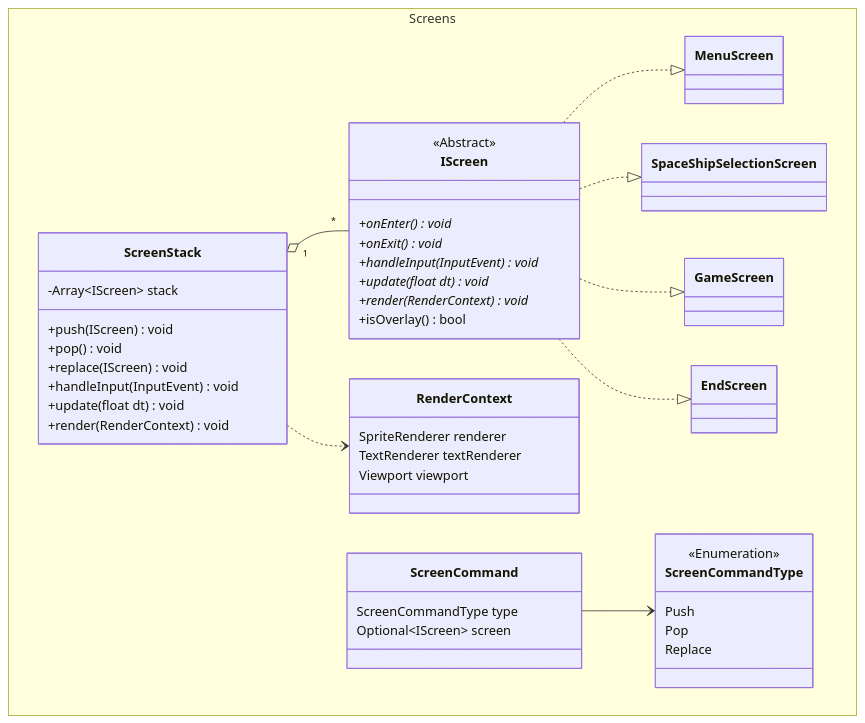
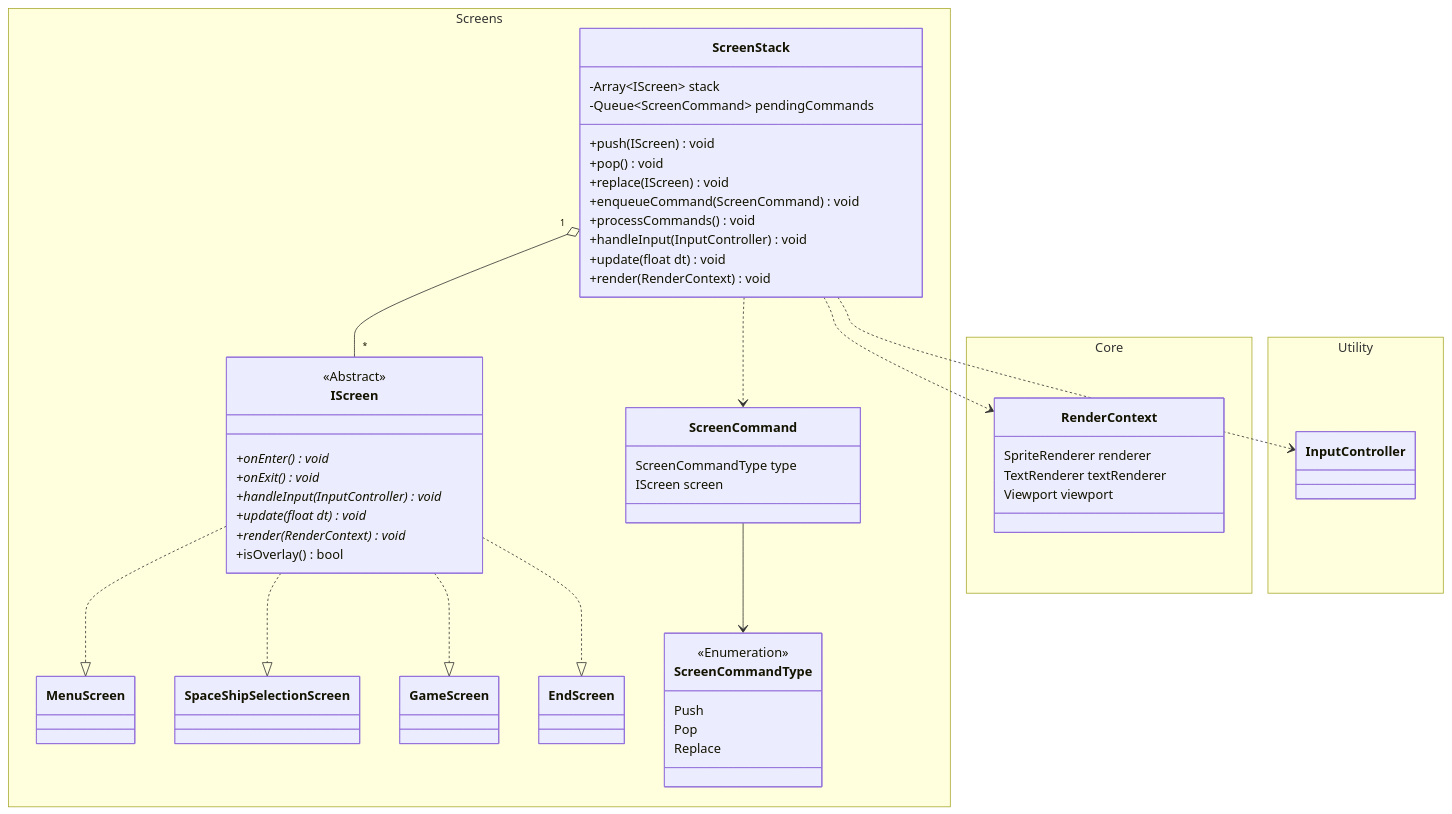
Before and after one commit to FelixHommel/StarfighterAlliance: the diagram in docs/architecture/ScreenSystem.md, drawn with Mermaid.

Commit message:
refactor: update design

````diff
--- a/docs/architecture/ScreenSystem.md
+++ b/docs/architecture/ScreenSystem.md
@@ -5,63 +5,75 @@
 ```mermaid
 classDiagram
   namespace Screens{
     class MenuScreen
     class SpaceShipSelectionScreen
     class GameScreen
     class EndScreen
 
     class IScreen{
       <<Abstract>>
 
       +onEnter()* void
       +onExit()* void
 
-      +handleInput(InputEvent)* void
+      +handleInput(InputController)* void
       +update(float dt)* void
       +render(RenderContext)* void
 
       +isOverlay() bool
     }
 
     class ScreenStack{
       -Array~IScreen~ stack
+      -Queue~ScreenCommand~ pendingCommands
 
       +push(IScreen) void
       +pop() void
       +replace(IScreen) void
 
-      +handleInput(InputEvent) void
+      +enqueueCommand(ScreenCommand) void
+      +processCommands() void
+
+      +handleInput(InputController) void
       +update(float dt) void
       +render(RenderContext) void
     }
 
     class ScreenCommandType{
       <<Enumeration>>
       Push
       Pop
       Replace
     }
 
     class ScreenCommand{
       ScreenCommandType type
-      Optional~IScreen~ screen
+      IScreen screen
     }
+  }
 
+  namespace Core{
     class RenderContext{
       SpriteRenderer renderer
       TextRenderer textRenderer
 
       Viewport viewport
     }
+  }
+
+  namespace Utility{
+    class InputController
   }
 
   IScreen ..|> MenuScreen
   IScreen ..|> SpaceShipSelectionScreen
   IScreen ..|> GameScreen
   IScreen ..|> EndScreen
 
   ScreenStack "1" o-- "*" IScreen
   ScreenStack ..> RenderContext
+  ScreenStack ..> InputController
+  ScreenStack ..> ScreenCommand
 
   ScreenCommand --> ScreenCommandType
 ```
````
